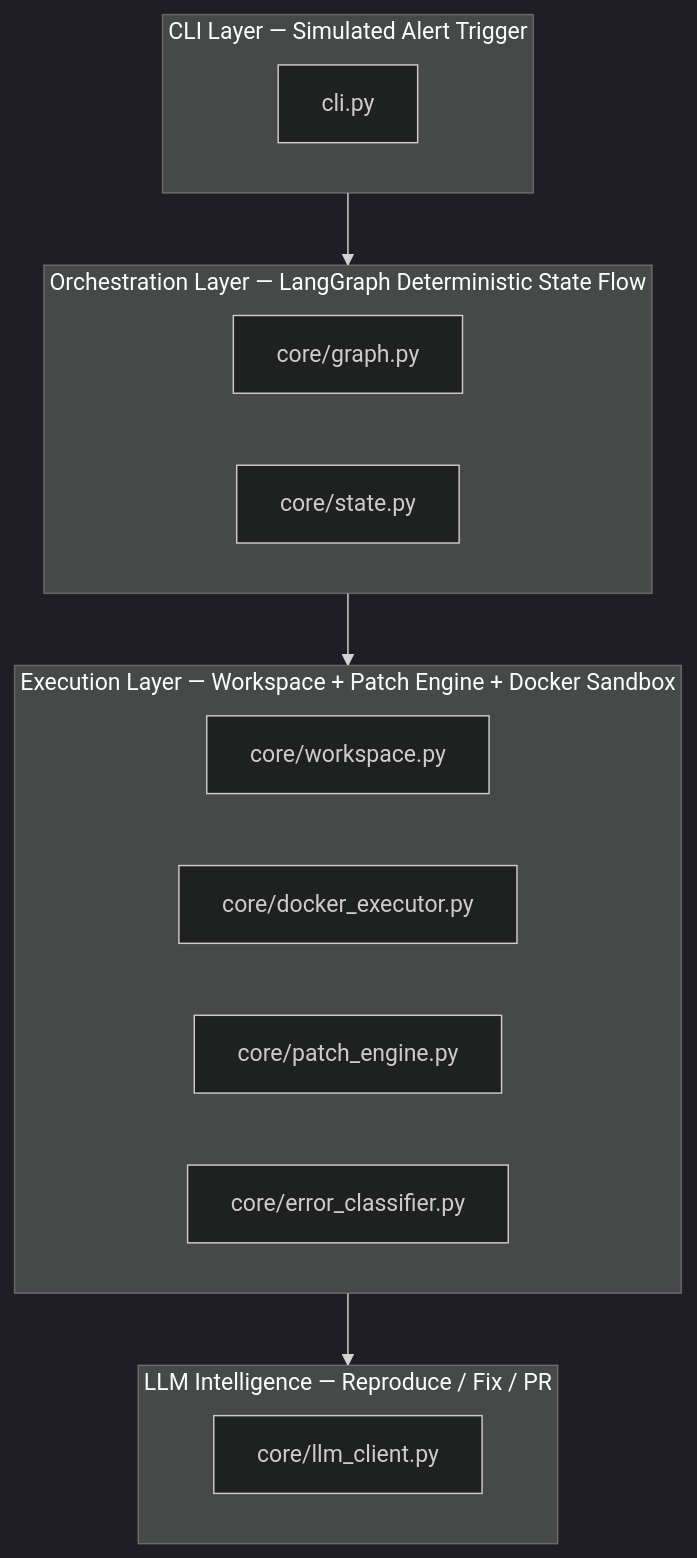
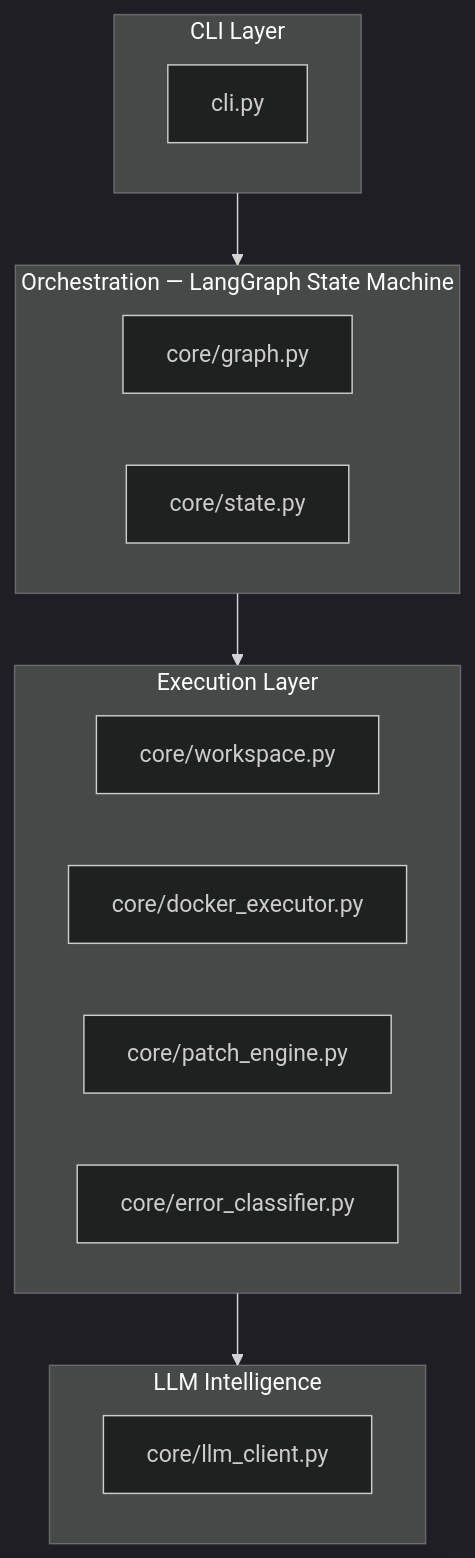
The first of 3 diagrams in README.md (AmanKushwaha-17/OPSGUARD), drawn with Mermaid (dark theme) before and after one commit. The commit also changed other lines of this file and 7 other files, not shown here.

````diff
--- a/README.md
+++ b/README.md
@@ -23,26 +23,26 @@
 ```mermaid
 flowchart TD
-    subgraph CLI_LAYER["CLI Layer — Simulated Alert Trigger"]
+    subgraph CLI_LAYER["CLI Layer"]
         CLI["cli.py"]
     end
 
-    subgraph ORCH_LAYER["Orchestration Layer — LangGraph Deterministic State Flow"]
+    subgraph ORCH_LAYER["Orchestration — LangGraph State Machine"]
         GRAPH["core/graph.py"]
         STATE["core/state.py"]
     end
 
-    subgraph EXEC_LAYER["Execution Layer — Workspace + Patch Engine + Docker Sandbox"]
+    subgraph EXEC_LAYER["Execution Layer"]
         WORKSPACE["core/workspace.py"]
         DOCKER["core/docker_executor.py"]
         PATCH["core/patch_engine.py"]
         CLASSIFIER["core/error_classifier.py"]
     end
 
-    subgraph LLM_LAYER["LLM Intelligence — Reproduce / Fix / PR"]
+    subgraph LLM_LAYER["LLM Intelligence"]
         LLM_CLIENT["core/llm_client.py"]
     end
 
     CLI_LAYER --> ORCH_LAYER
     ORCH_LAYER --> EXEC_LAYER
     EXEC_LAYER --> LLM_LAYER
 ```
````
